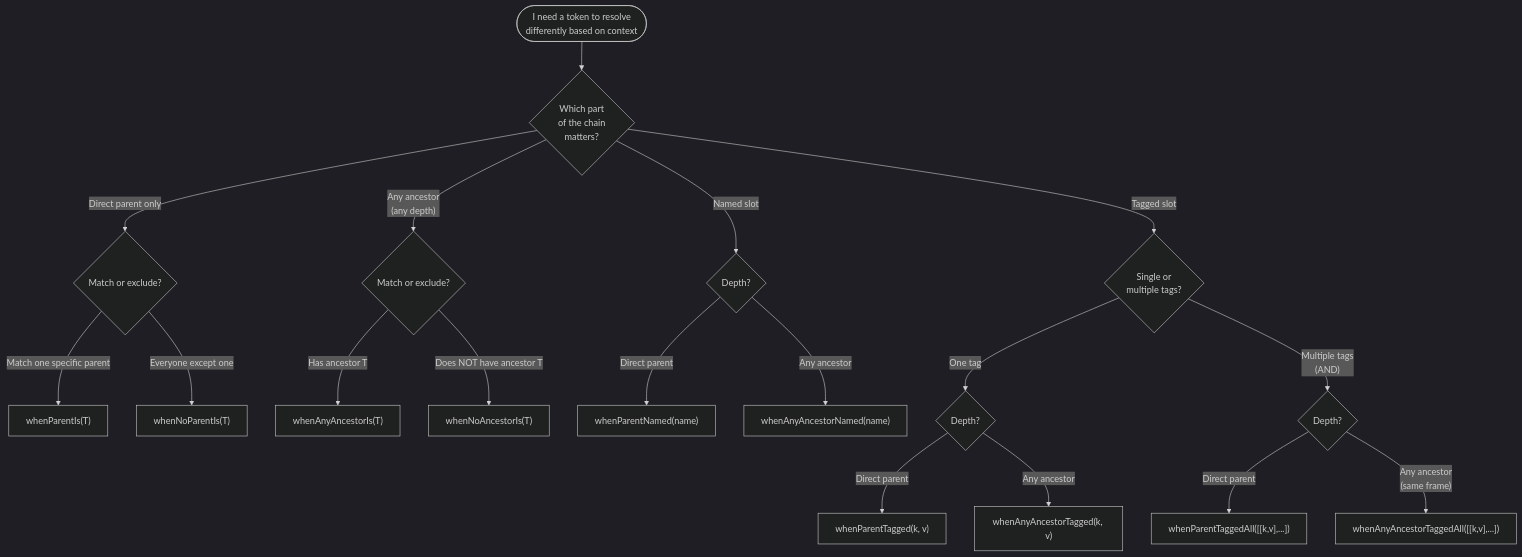
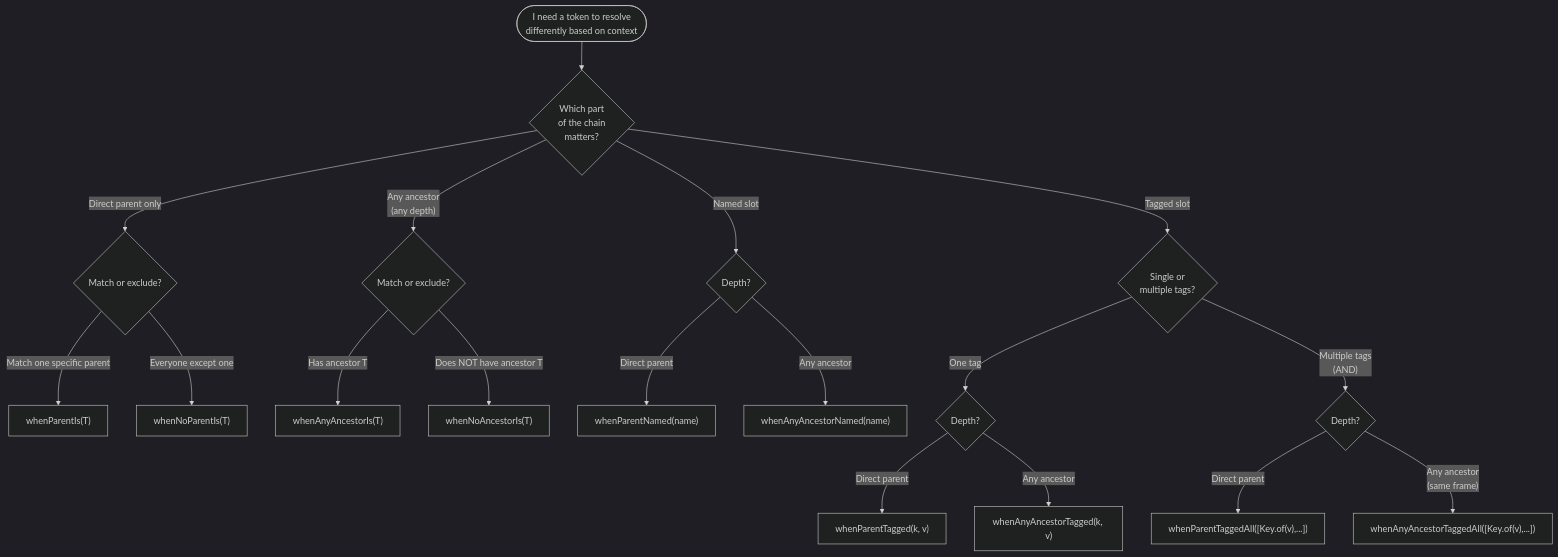
The first of 2 diagrams in packages/di/examples/17-extended-constraints/README.md (codefastlabs/codefast), drawn with Mermaid (dark theme) before and after one commit. The commit also changed other lines of this file and 5 other files, not shown here.

````diff
--- a/packages/di/examples/17-extended-constraints/README.md
+++ b/packages/di/examples/17-extended-constraints/README.md
@@ -34,27 +34,27 @@
 ```mermaid
 flowchart TD
     Start(["I need a token to resolve\ndifferently based on context"])
 
     Start --> Q1{Which part\nof the chain\nmatters?}
 
     Q1 -->|"Direct parent only"| Q2{Match or exclude?}
     Q2 -->|"Match one specific parent"| C1["whenParentIs(T)"]
     Q2 -->|"Everyone except one"| C2["whenNoParentIs(T)"]
 
     Q1 -->|"Any ancestor\n(any depth)"| Q3{Match or exclude?}
     Q3 -->|"Has ancestor T"| C3["whenAnyAncestorIs(T)"]
     Q3 -->|"Does NOT have ancestor T"| C4["whenNoAncestorIs(T)"]
 
     Q1 -->|"Named slot"| Q4{Depth?}
     Q4 -->|"Direct parent"| C5["whenParentNamed(name)"]
     Q4 -->|"Any ancestor"| C6["whenAnyAncestorNamed(name)"]
 
     Q1 -->|"Tagged slot"| Q5{Single or\nmultiple tags?}
     Q5 -->|"One tag"| Q6{Depth?}
     Q6 -->|"Direct parent"| C7["whenParentTagged(k, v)"]
     Q6 -->|"Any ancestor"| C8["whenAnyAncestorTagged(k, v)"]
 
     Q5 -->|"Multiple tags\n(AND)"| Q7{Depth?}
-    Q7 -->|"Direct parent"| C9["whenParentTaggedAll([[k,v],...])"]
-    Q7 -->|"Any ancestor\n(same frame)"| C10["whenAnyAncestorTaggedAll([[k,v],...])"]
+    Q7 -->|"Direct parent"| C9["whenParentTaggedAll([Key.of(v),...])"]
+    Q7 -->|"Any ancestor\n(same frame)"| C10["whenAnyAncestorTaggedAll([Key.of(v),...])"]
 ```
````
